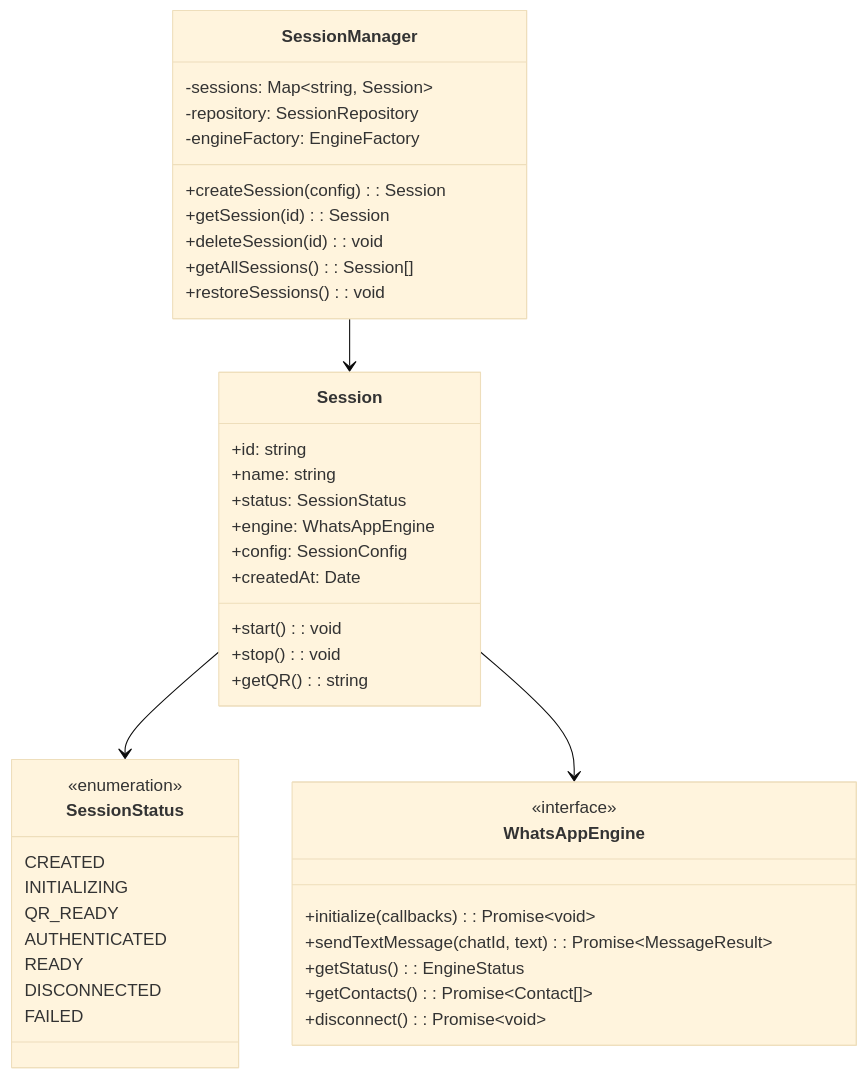
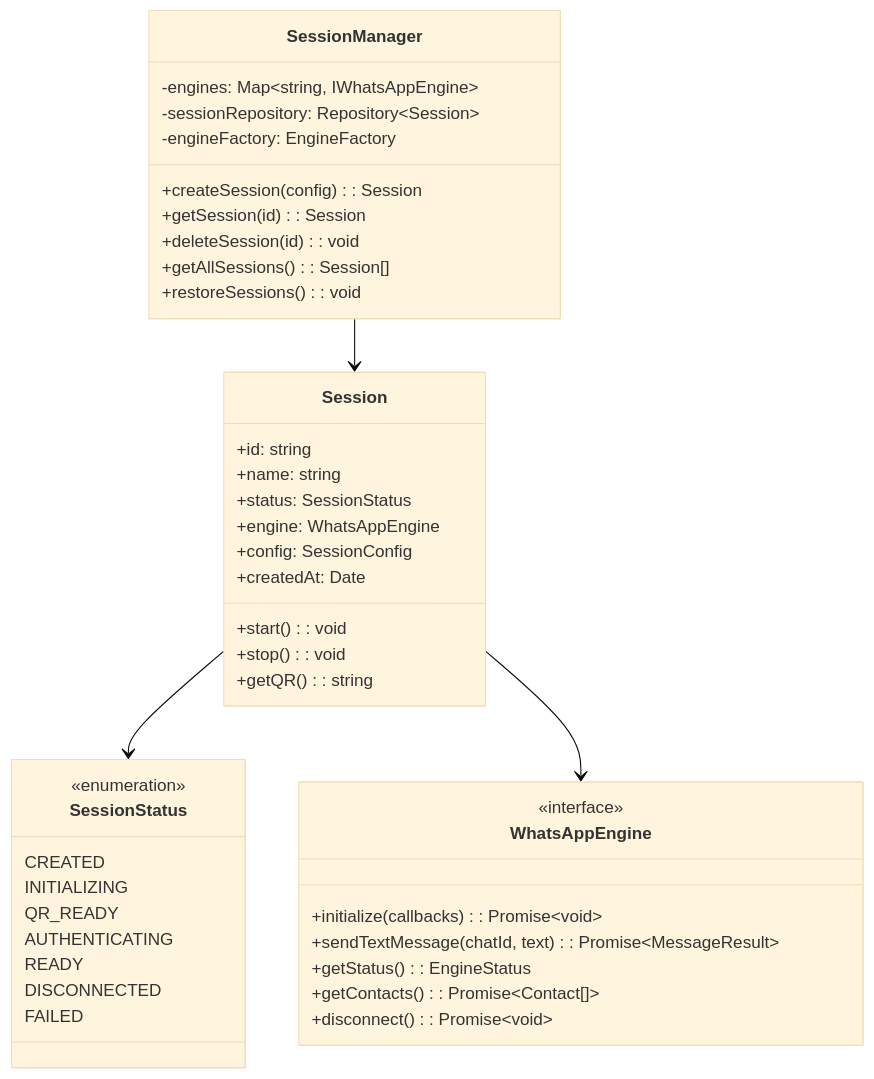
The ninth of 24 diagrams in docs/03-system-architecture.md (nourayman21k/OpenWA), drawn with Mermaid (base theme) before and after one commit. The commit also changed other lines of this file and 29 other files, not shown here.

````diff
--- a/docs/03-system-architecture.md
+++ b/docs/03-system-architecture.md
@@ -460,49 +442,49 @@
 ```mermaid
 classDiagram
     class SessionManager {
-        -sessions: Map~string, Session~
-        -repository: SessionRepository
+        -engines: Map~string, IWhatsAppEngine~
+        -sessionRepository: Repository~Session~
         -engineFactory: EngineFactory
         +createSession(config): Session
         +getSession(id): Session
         +deleteSession(id): void
         +getAllSessions(): Session[]
         +restoreSessions(): void
     }
     
     class Session {
         +id: string
         +name: string
         +status: SessionStatus
         +engine: WhatsAppEngine
         +config: SessionConfig
         +createdAt: Date
         +start(): void
         +stop(): void
         +getQR(): string
     }
     
     class SessionStatus {
         <<enumeration>>
         CREATED
         INITIALIZING
         QR_READY
-        AUTHENTICATED
+        AUTHENTICATING
         READY
         DISCONNECTED
         FAILED
     }
     
     class WhatsAppEngine {
         <<interface>>
         +initialize(callbacks): Promise~void~
         +sendTextMessage(chatId, text): Promise~MessageResult~
         +getStatus(): EngineStatus
         +getContacts(): Promise~Contact[]~
         +disconnect(): Promise~void~
     }
     
     SessionManager --> Session
     Session --> SessionStatus
     Session --> WhatsAppEngine
 ```
````
